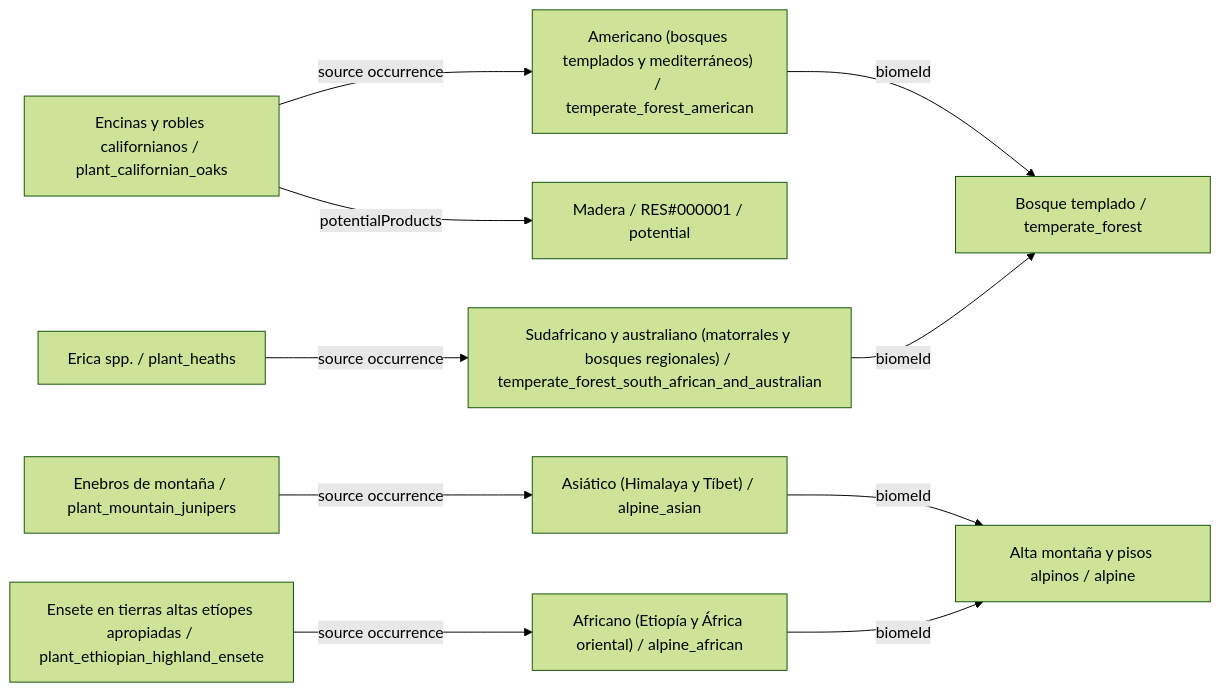
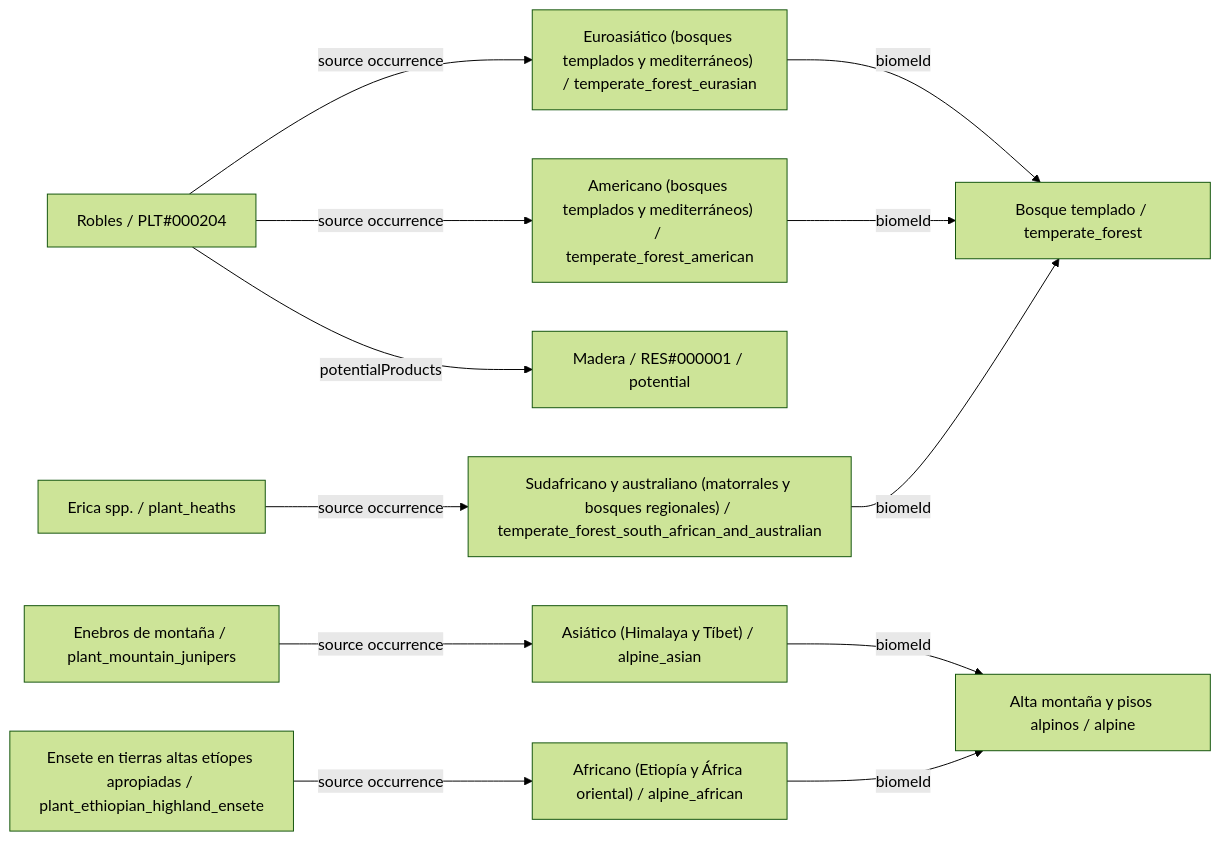
One commit to fgabo404/EvolveDoc changed the ninth of 34 diagrams in data/plants/DIAGRAMS.es.md. Above: the diagram before and after it, drawn with Mermaid (forest theme). The commit also changed other lines of this file and 59 other files, not shown here.

````diff
--- a/data/plants/DIAGRAMS.es.md
+++ b/data/plants/DIAGRAMS.es.md
@@ -412,23 +367,26 @@
 ```mermaid
 flowchart LR
-    c0["Encinas y robles californianos / plant_californian_oaks"]
+    c0["Robles / PLT#000204"]
+    v4["Euroasiático (bosques templados y mediterráneos) / temperate_forest_eurasian"]
+    b1["Bosque templado / temperate_forest"]
     v5["Americano (bosques templados y mediterráneos) / temperate_forest_american"]
-    b1["Bosque templado / temperate_forest"]
     o0_0["Madera / RES#000001 / potential"]
     c1["Enebros de montaña / plant_mountain_junipers"]
     v24["Asiático (Himalaya y Tíbet) / alpine_asian"]
     b6["Alta montaña y pisos alpinos / alpine"]
     c2["Ensete en tierras altas etíopes apropiadas / plant_ethiopian_highland_ensete"]
     v26["Africano (Etiopía y África oriental) / alpine_african"]
     c3["Erica spp. / plant_heaths"]
     v6["Sudafricano y australiano (matorrales y bosques regionales) / temperate_forest_south_african_and_australian"]
     c0 -->|potentialProducts| o0_0
+    c0 -->|source occurrence| v4
     c0 -->|source occurrence| v5
     c1 -->|source occurrence| v24
     c2 -->|source occurrence| v26
     c3 -->|source occurrence| v6
     v24 -->|biomeId| b6
     v26 -->|biomeId| b6
+    v4 -->|biomeId| b1
     v5 -->|biomeId| b1
     v6 -->|biomeId| b1
 ```
````
